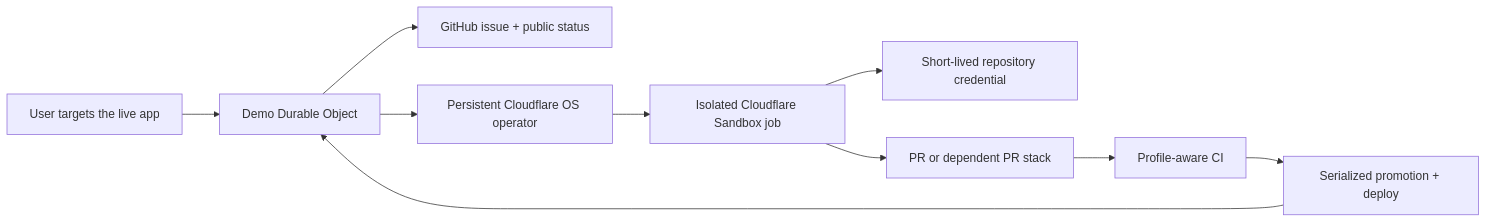
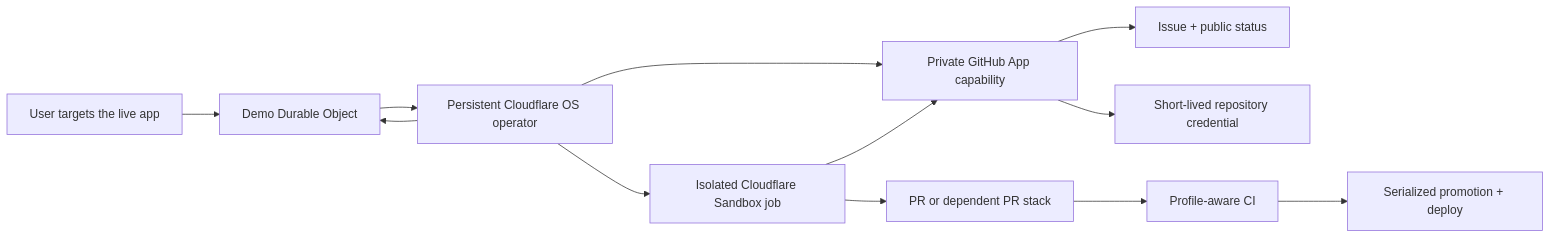
Before and after one commit to callil/autonomous-live-chat: the diagram in docs/architecture.md, drawn with Mermaid. The commit also changed 69 other files, not shown here.

````diff
--- a/docs/architecture.md
+++ b/docs/architecture.md
@@ -16,12 +16,14 @@
 ```mermaid
 flowchart LR
     User["User targets the live app"] --> Room["Demo Durable Object"]
-    Room --> Issue["GitHub issue + public status"]
     Room --> OS["Persistent Cloudflare OS operator"]
+    OS --> GitHub["Private GitHub App capability"]
+    GitHub --> Issue["Issue + public status"]
     OS --> Runner["Isolated Cloudflare Sandbox job"]
-    Runner --> Git["Short-lived repository credential"]
+    Runner --> GitHub
+    GitHub --> Git["Short-lived repository credential"]
     Runner --> Stack["PR or dependent PR stack"]
     Stack --> CI["Profile-aware CI"]
     CI --> Promote["Serialized promotion + deploy"]
-    Promote --> Room
+    OS --> Room
 ```
````
